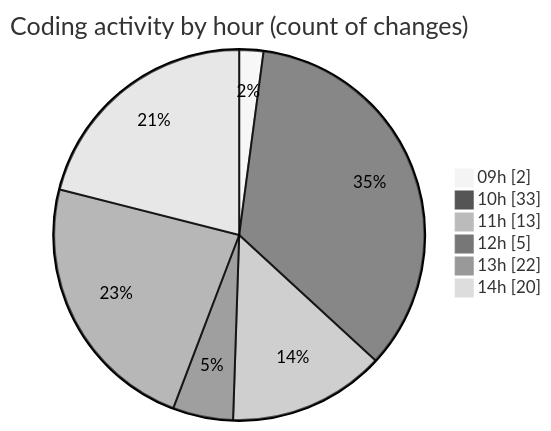
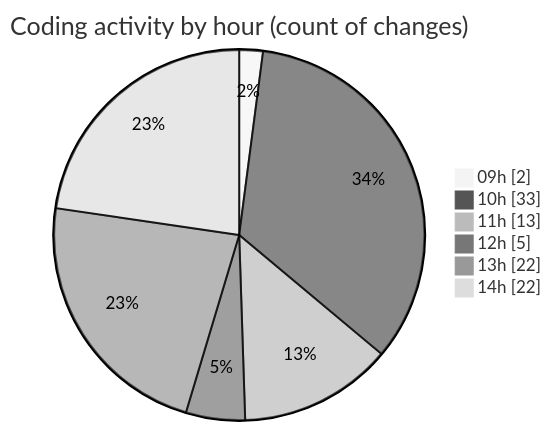
The second of 2 diagrams in 2025-08-12/cda/README.md (momahboobian/code-tracking), drawn with Mermaid (neutral theme) before and after one commit. The commit also changed other lines of this file and 1 other file, not shown here.

````diff
--- a/2025-08-12/cda/README.md
+++ b/2025-08-12/cda/README.md
@@ -53,10 +53,10 @@
 ```mermaid
 pie showData
 title Coding activity by hour (count of changes)
 "09h" : 2
 "10h" : 33
 "11h" : 13
 "12h" : 5
 "13h" : 22
-"14h" : 20
+"14h" : 22
 ```
````
